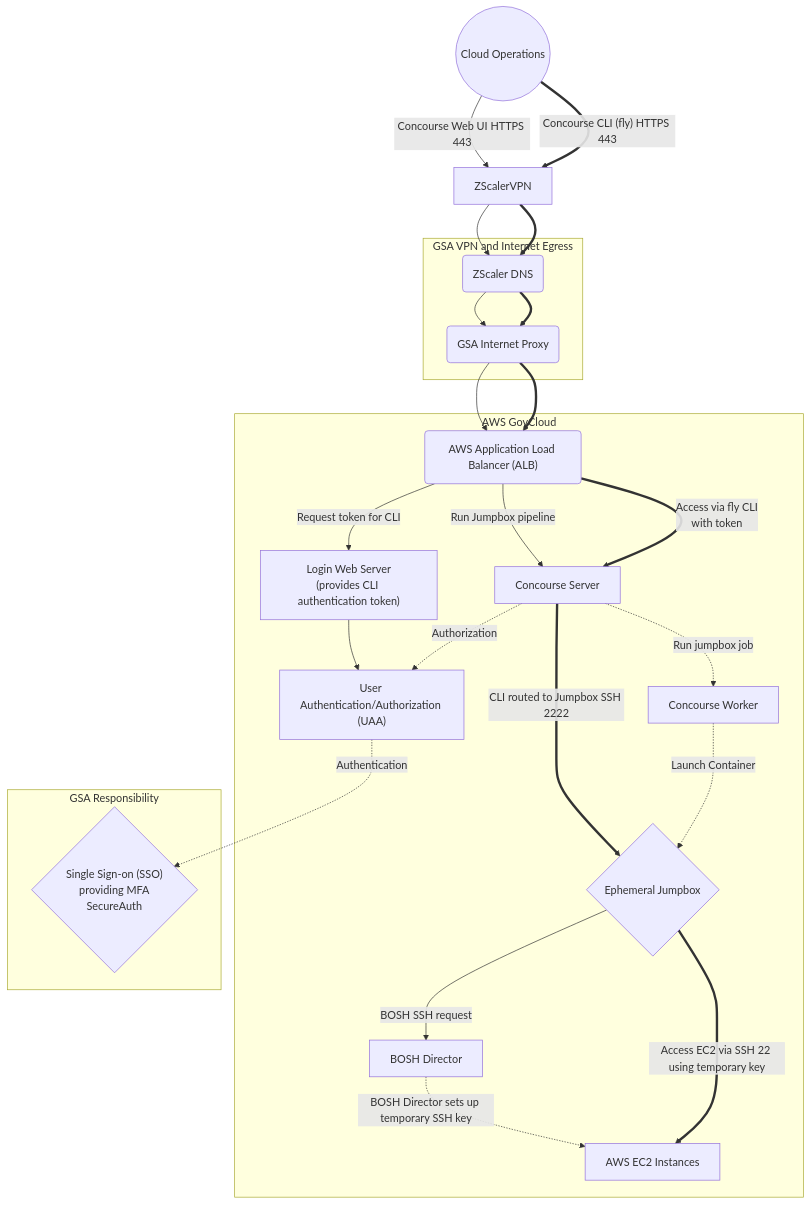
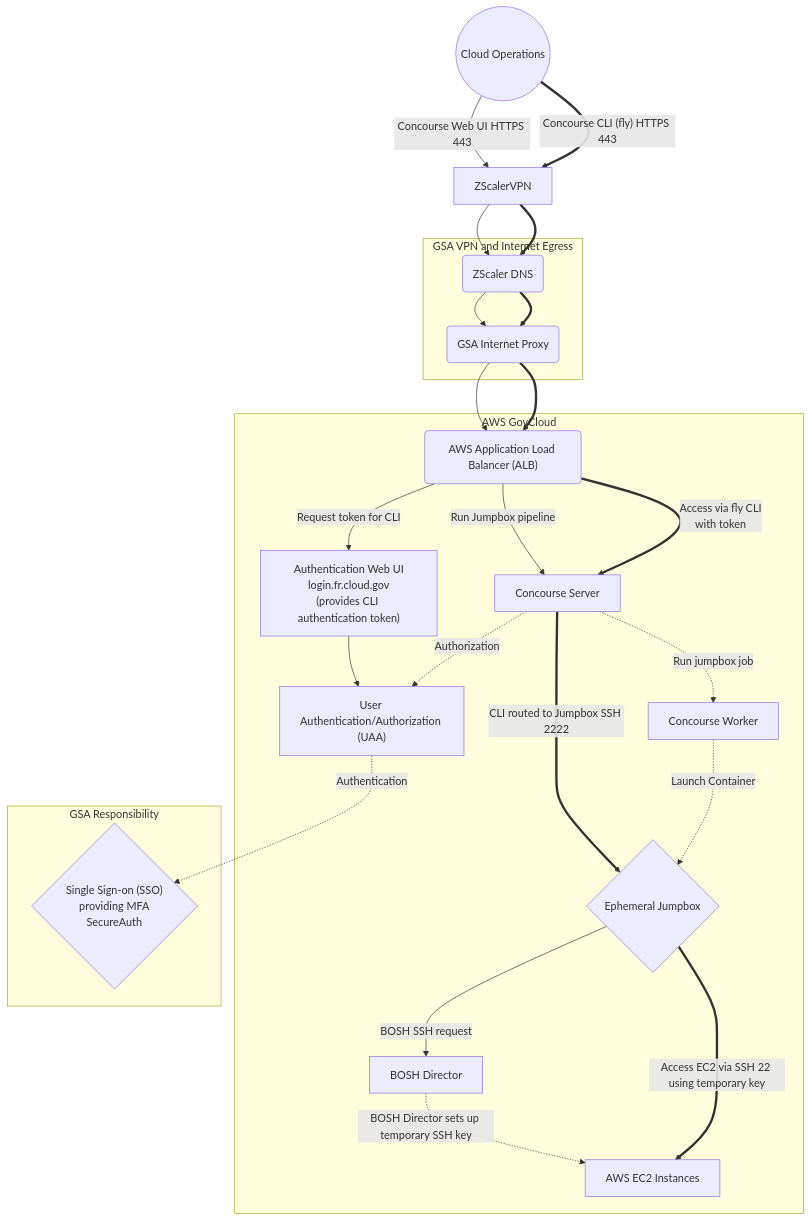
The diagram in source/diagrams/10-4.2-jumpbox.mmd (cloud-gov/system-diagrams), drawn with Mermaid before and after one commit.

Commit message:
rename to auth web ui

```diff
--- a/source/diagrams/10-4.2-jumpbox.mmd
+++ b/source/diagrams/10-4.2-jumpbox.mmd
@@ -1,37 +1,37 @@
 %% title: 10-4.2 Jumpbox Data Flow
 %% description: Section 10 - System Environment - Figure 10-4.2 Jumpbox Data Flow
 graph TD
 
   subgraph AWS GovCloud
     UAA["User Authentication/Authorization (UAA)"]
     concourse["Concourse Server"]
     worker[Concourse Worker]
     Jumpbox{Ephemeral Jumpbox}
     BOSH[BOSH Director]
     EC2[AWS EC2 Instances]
     ALB("AWS Application Load Balancer (ALB)")
-    login["Login Web Server<br>(provides CLI authentication token)"]
+    login["Authentication Web UI<br>login.fr.cloud.gov<br>(provides CLI authentication token)"]
   end
   subgraph GSA Responsibility
     SAML{"Single Sign-on (SSO)<br>providing MFA<br>SecureAuth"}
   end
   subgraph GSA VPN and Internet Egress
     ZScalerDNS("ZScaler DNS")
     GSAProxy("GSA Internet Proxy")
   end
 
   Ops((Cloud Operations))
 
   Ops--"Concourse Web UI HTTPS 443"-->ZScalerVPN-->ZScalerDNS-->GSAProxy-->ALB
   Ops=="Concourse CLI (fly) HTTPS 443"==>ZScalerVPN==>ZScalerDNS==>GSAProxy==>ALB
   ALB--Run Jumpbox pipeline-->concourse
   ALB==Access via fly CLI<br>with token==>concourse
   concourse==CLI routed to Jumpbox SSH 2222==>Jumpbox
   ALB--Request token for CLI-->login-->UAA
   UAA-.Authentication.->SAML
   concourse-.Authorization.->UAA
   concourse-.Run jumpbox job.->worker
   worker-.Launch Container.->Jumpbox
   Jumpbox--BOSH SSH request-->BOSH
   BOSH-.BOSH Director sets up temporary SSH key.->EC2
   Jumpbox==Access EC2 via SSH 22 using temporary key==>EC2
```
